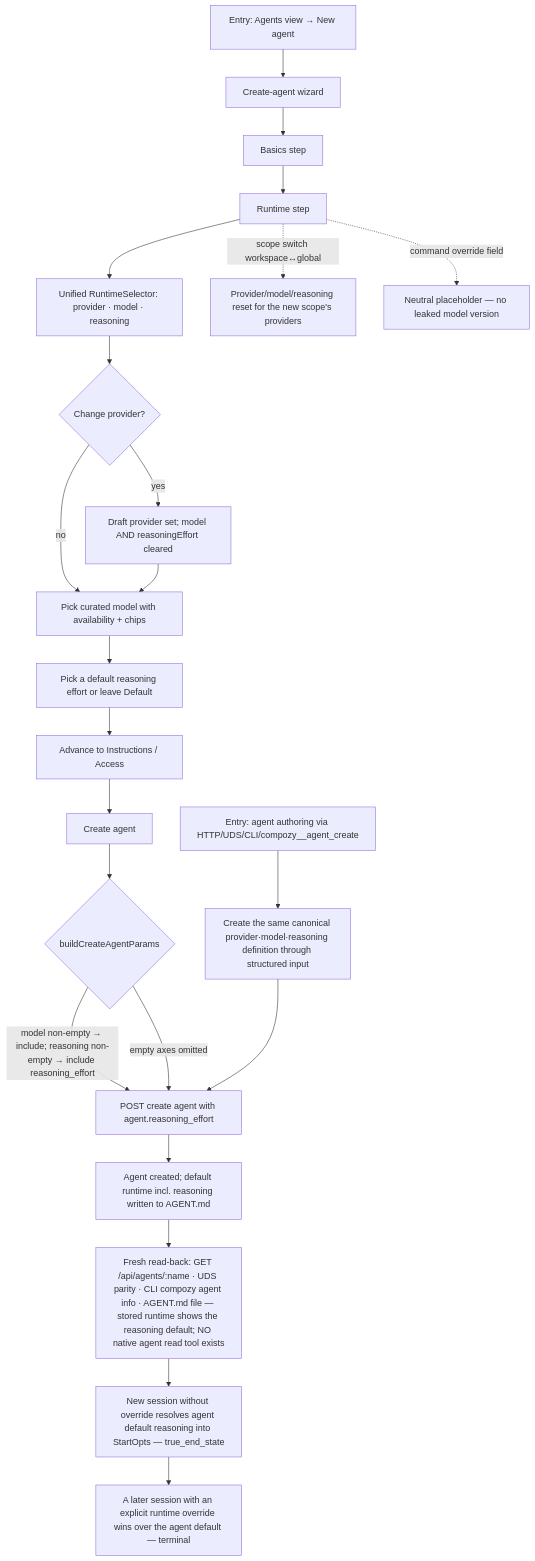
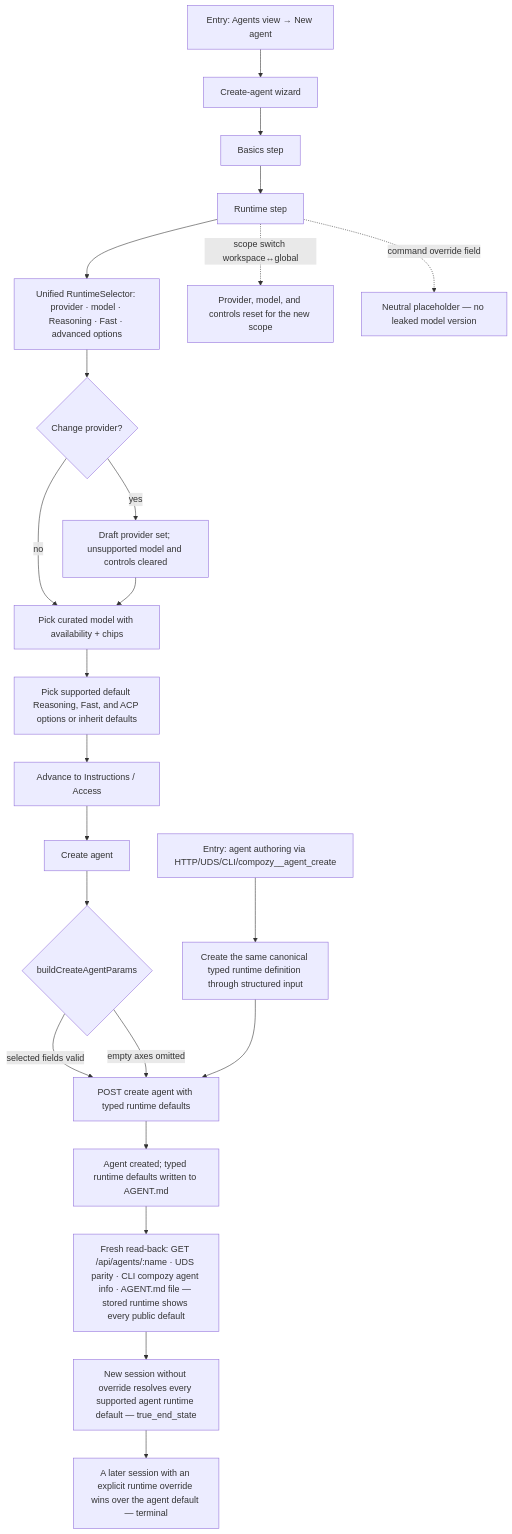
Before and after one commit to compozy/compozy: the diagram in docs/qa/journeys/J-18-agent-create-gains-reasoning.md, drawn with Mermaid. The commit also changed other lines of this file and 630 other files, not shown here.

First line of the commit message:
feat: rebuild ACP runtime catalogs (#498)

````diff
--- a/docs/qa/journeys/J-18-agent-create-gains-reasoning.md
+++ b/docs/qa/journeys/J-18-agent-create-gains-reasoning.md
@@ -5,25 +9,25 @@
 ```mermaid
 flowchart TD
     E1[Entry: Agents view → New agent] --> W[Create-agent wizard]
-    E2[Entry: agent authoring via HTTP/UDS/CLI/compozy__agent_create] --> STRUCT[Create the same canonical provider·model·reasoning definition through structured input]
+    E2[Entry: agent authoring via HTTP/UDS/CLI/compozy__agent_create] --> STRUCT[Create the same canonical typed runtime definition through structured input]
     W --> B[Basics step]
     B --> R[Runtime step]
-    R --> SEL[Unified RuntimeSelector: provider · model · reasoning]
+    R --> SEL[Unified RuntimeSelector: provider · model · Reasoning · Fast · advanced options]
     SEL --> PICKP{Change provider?}
-    PICKP -->|yes| CLR[Draft provider set; model AND reasoningEffort cleared]
+    PICKP -->|yes| CLR[Draft provider set; unsupported model and controls cleared]
     PICKP -->|no| PICKM[Pick curated model with availability + chips]
     CLR --> PICKM
-    PICKM --> PICKE[Pick a default reasoning effort or leave Default]
+    PICKM --> PICKE[Pick supported default Reasoning, Fast, and ACP options or inherit defaults]
     PICKE --> NEXT[Advance to Instructions / Access]
     NEXT --> SUB[Create agent]
     SUB --> PARAMS{buildCreateAgentParams}
-    PARAMS -->|model non-empty → include; reasoning non-empty → include reasoning_effort| POST[POST create agent with agent.reasoning_effort]
+    PARAMS -->|selected fields valid| POST[POST create agent with typed runtime defaults]
     PARAMS -->|empty axes omitted| POST
     STRUCT --> POST
-    POST --> OK[Agent created; default runtime incl. reasoning written to AGENT.md]
-    OK --> FRESHREAD[Fresh read-back: GET /api/agents/:name · UDS parity · CLI compozy agent info · AGENT.md file — stored runtime shows the reasoning default; NO native agent read tool exists]
-    FRESHREAD --> SESS[New session without override resolves agent default reasoning into StartOpts — true_end_state]
+    POST --> OK[Agent created; typed runtime defaults written to AGENT.md]
+    OK --> FRESHREAD[Fresh read-back: GET /api/agents/:name · UDS parity · CLI compozy agent info · AGENT.md file — stored runtime shows every public default]
+    FRESHREAD --> SESS[New session without override resolves every supported agent runtime default — true_end_state]
     SESS --> OVERRIDE[A later session with an explicit runtime override wins over the agent default — terminal]
-    R -.->|scope switch workspace↔global| RESETALL[Provider/model/reasoning reset for the new scope's providers]
+    R -.->|scope switch workspace↔global| RESETALL[Provider, model, and controls reset for the new scope]
     R -.->|command override field| CMD[Neutral placeholder — no leaked model version]
 ```
````
